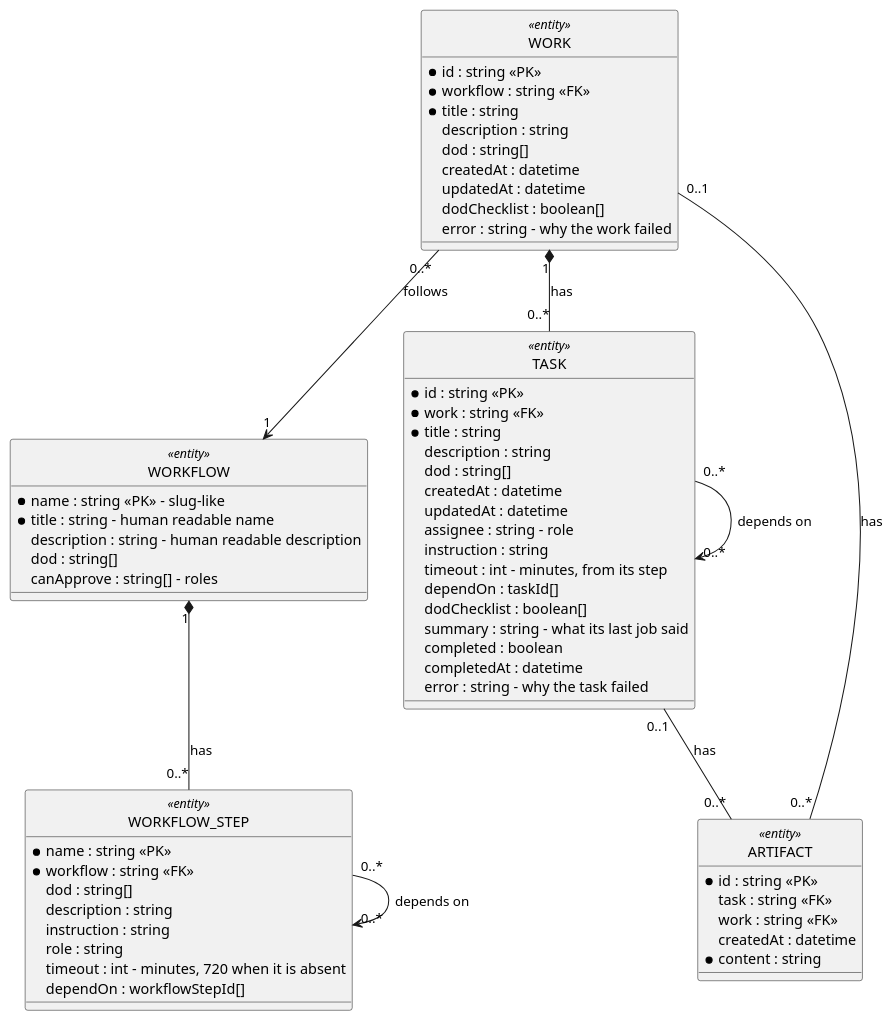
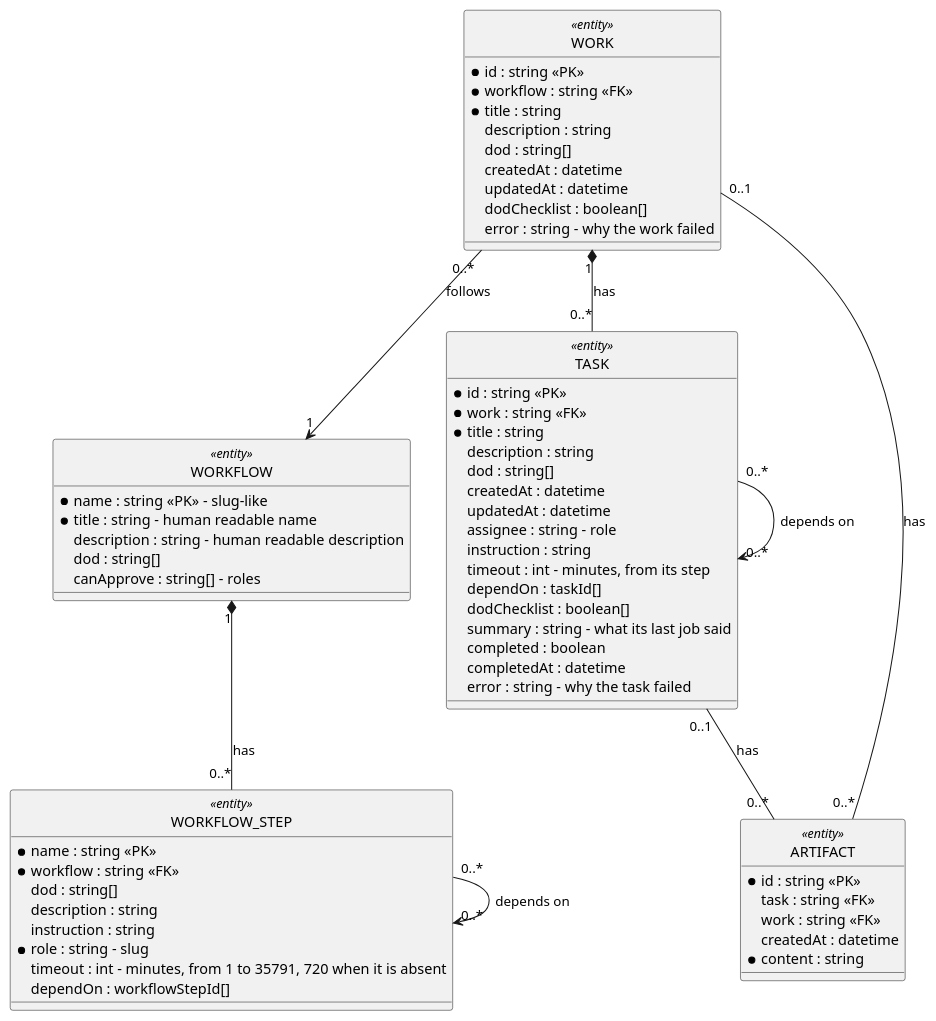
Before and after one commit to longlh/superteam: the diagram in docs/08_concepts/storage/storage.md, drawn with PlantUML. The commit also changed 11 other files, not shown here.

````diff
--- a/docs/08_concepts/storage/storage.md
+++ b/docs/08_concepts/storage/storage.md
@@ -30,71 +30,71 @@
 ```plantuml
 @startuml
 hide circle
 
 class WORKFLOW <<entity>> {
   * name : string <<PK>> - slug-like
   * title : string - human readable name
   description : string - human readable description
   dod : string[]
   canApprove : string[] - roles
 }
 
 class WORKFLOW_STEP <<entity>> {
   * name : string <<PK>>
   * workflow : string <<FK>>
   dod : string[]
   description : string
   instruction : string
-  role : string
-  timeout : int - minutes, 720 when it is absent
+  * role : string - slug
+  timeout : int - minutes, from 1 to 35791, 720 when it is absent
   dependOn : workflowStepId[]
 }
 
 class WORK <<entity>> {
   * id : string <<PK>>
   * workflow : string <<FK>>
   * title : string
   description : string
   dod : string[]
   createdAt : datetime
   updatedAt : datetime
   dodChecklist : boolean[]
   error : string - why the work failed
 }
 
 class TASK <<entity>> {
   * id : string <<PK>>
   * work : string <<FK>>
   * title : string
   description : string
   dod : string[]
   createdAt : datetime
   updatedAt : datetime
   assignee : string - role
   instruction : string
   timeout : int - minutes, from its step
   dependOn : taskId[]
   dodChecklist : boolean[]
   summary : string - what its last job said
   completed : boolean
   completedAt : datetime
   error : string - why the task failed
 }
 
 class ARTIFACT <<entity>> {
   * id : string <<PK>>
   task : string <<FK>>
   work : string <<FK>>
   createdAt : datetime
   * content : string
 }
 
 WORKFLOW "1" *-- "0..*" WORKFLOW_STEP : has
 WORKFLOW_STEP "0..*" --> "0..*" WORKFLOW_STEP : depends on
 WORK "0..*" --> "1" WORKFLOW : follows
 WORK "1" *-- "0..*" TASK : has
 TASK "0..*" --> "0..*" TASK : depends on
 TASK "0..1" -- "0..*" ARTIFACT : has
 WORK "0..1" -- "0..*" ARTIFACT : has
 @enduml
 ```
````
